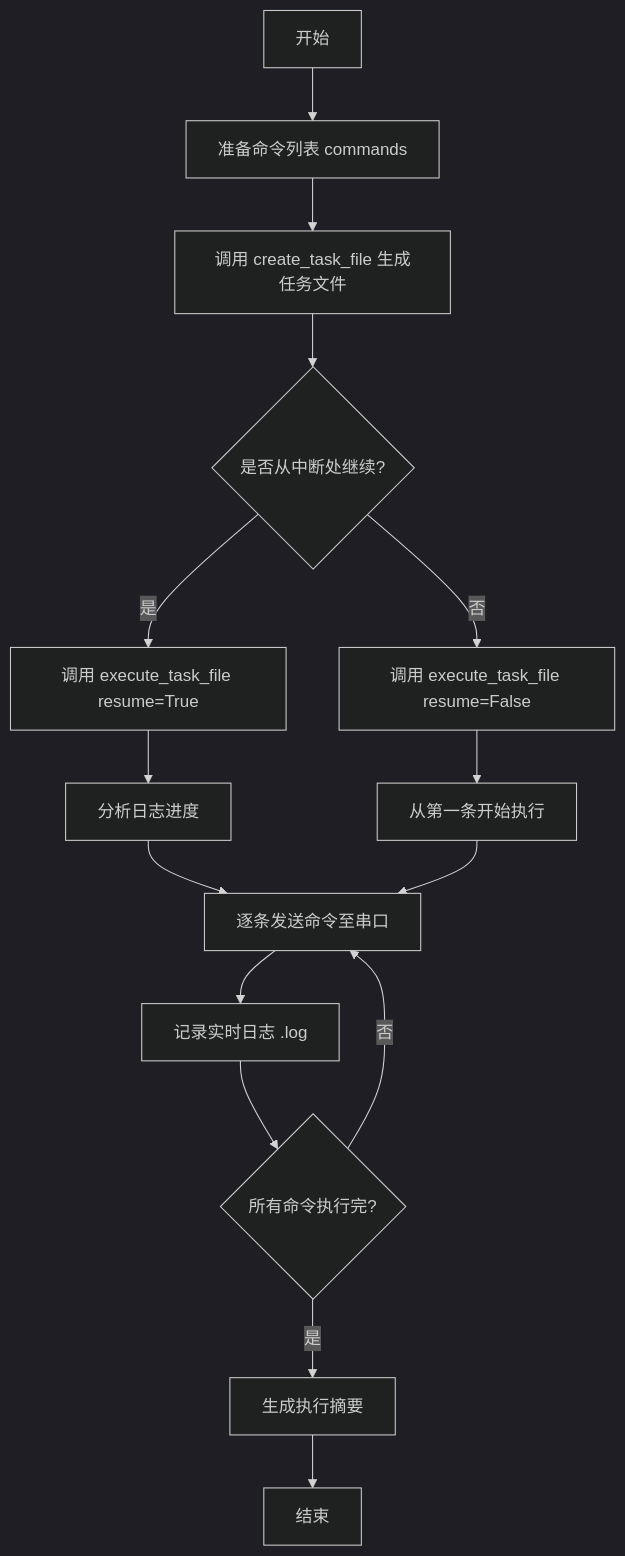
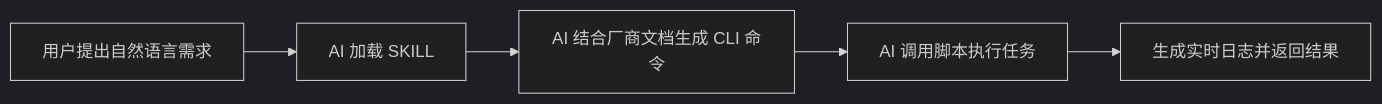
Before and after one commit to blacksamuraiiii/skill-serial-connector: the diagram in README.md, drawn with Mermaid (dark theme). The commit also changed other lines of this file, not shown here.

````diff
--- a/README.md
+++ b/README.md
@@ -44,17 +44,7 @@
 ```mermaid
-graph TD
-    A[开始] --> B[准备命令列表 commands]
-    B --> C[调用 create_task_file 生成任务文件]
-    C --> D{是否从中断处继续?}
-    D -- 是 --> E[调用 execute_task_file resume=True]
-    D -- 否 --> F[调用 execute_task_file resume=False]
-    E --> G[分析日志进度]
-    F --> H[从第一条开始执行]
-    G --> I[逐条发送命令至串口]
-    H --> I
-    I --> J[记录实时日志 .log]
-    J --> K{所有命令执行完?}
-    K -- 否 --> I
-    K -- 是 --> L[生成执行摘要]
-    L --> M[结束]
+graph LR
+    A[用户提出自然语言需求] --> B[AI 加载 SKILL]
+    B --> C[AI 结合厂商文档生成 CLI 命令]
+    C --> D[AI 调用脚本执行任务]
+    D --> E[生成实时日志并返回结果]
 ```
````
